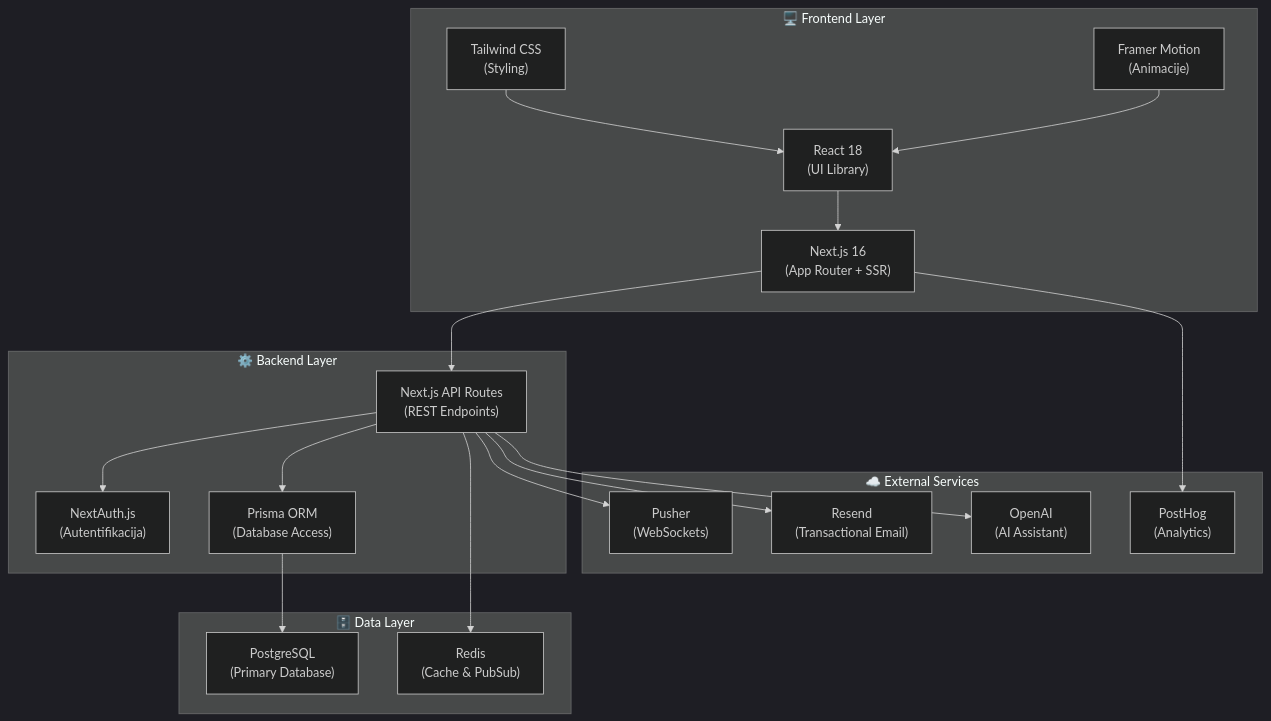
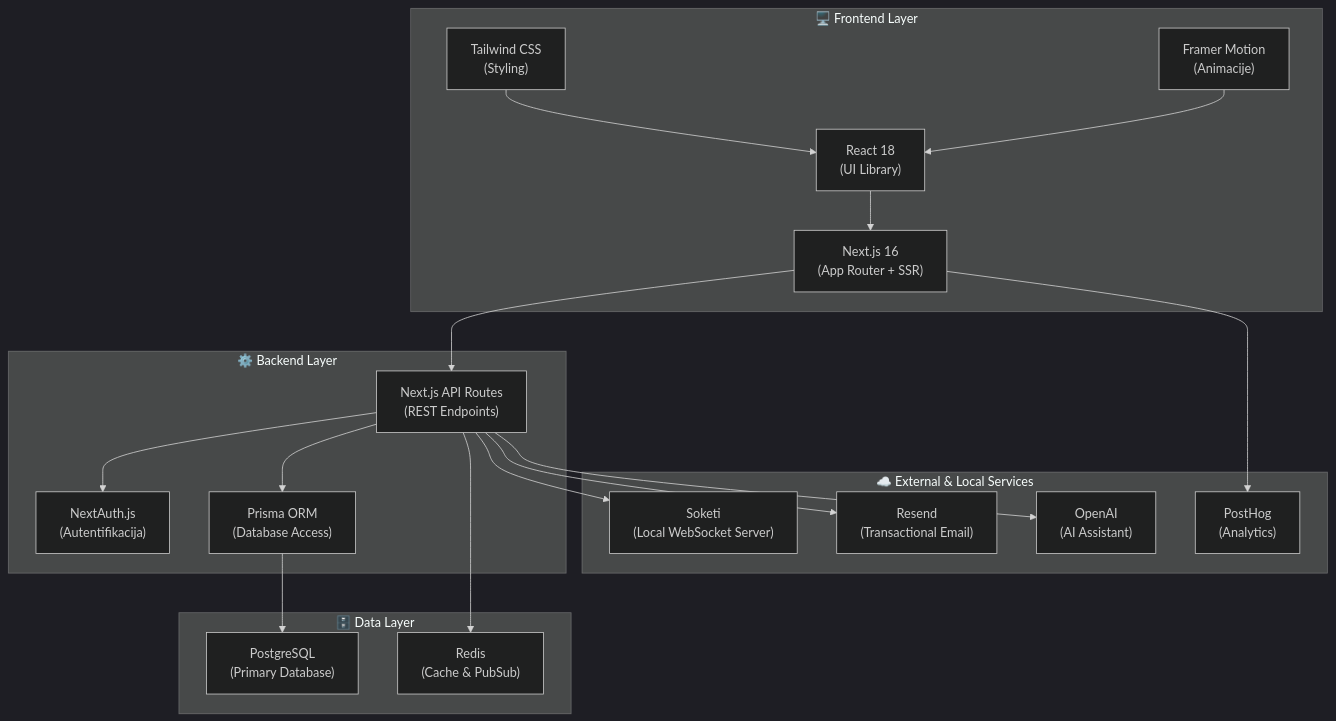
The second of 24 diagrams in DFDS_Dokumentacija.md (Cloudzz-dev/razvoj-softvera), drawn with Mermaid (dark theme) before and after one commit. The commit also changed other lines of this file, not shown here.

````diff
--- a/DFDS_Dokumentacija.md
+++ b/DFDS_Dokumentacija.md
@@ -127,42 +127,42 @@
 ```mermaid
 graph TB
     subgraph Frontend["🖥️ Frontend Layer"]
         NEXT["Next.js 16<br/>(App Router + SSR)"]
         REACT["React 18<br/>(UI Library)"]
         TAILWIND["Tailwind CSS<br/>(Styling)"]
         FRAMER["Framer Motion<br/>(Animacije)"]
     end
     
     subgraph Backend["⚙️ Backend Layer"]
         API["Next.js API Routes<br/>(REST Endpoints)"]
         AUTH["NextAuth.js<br/>(Autentifikacija)"]
         PRISMA["Prisma ORM<br/>(Database Access)"]
     end
     
     subgraph Database["🗄️ Data Layer"]
         PG["PostgreSQL<br/>(Primary Database)"]
         REDIS["Redis<br/>(Cache & PubSub)"]
     end
     
-    subgraph Services["☁️ External Services"]
-        PUSHER["Pusher<br/>(WebSockets)"]
+    subgraph Services["☁️ External & Local Services"]
+        SOKETI["Soketi<br/>(Local WebSocket Server)"]
         RESEND["Resend<br/>(Transactional Email)"]
         OPENAI["OpenAI<br/>(AI Assistant)"]
         POSTHOG["PostHog<br/>(Analytics)"]
     end
     
     NEXT --> API
     REACT --> NEXT
     TAILWIND --> REACT
     FRAMER --> REACT
     
     API --> AUTH
     API --> PRISMA
     PRISMA --> PG
     API --> REDIS
     
-    API --> PUSHER
+    API --> SOKETI
     API --> RESEND
     API --> OPENAI
     NEXT --> POSTHOG
 ```
````
